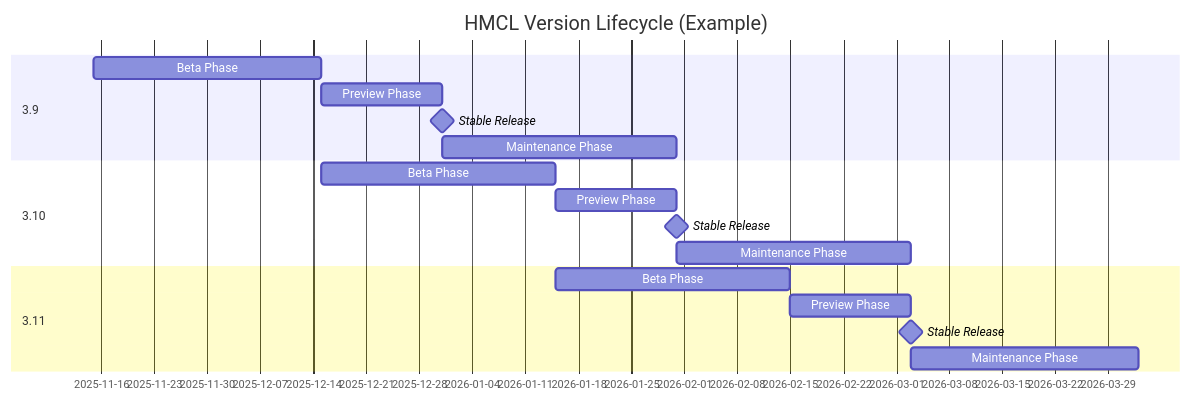
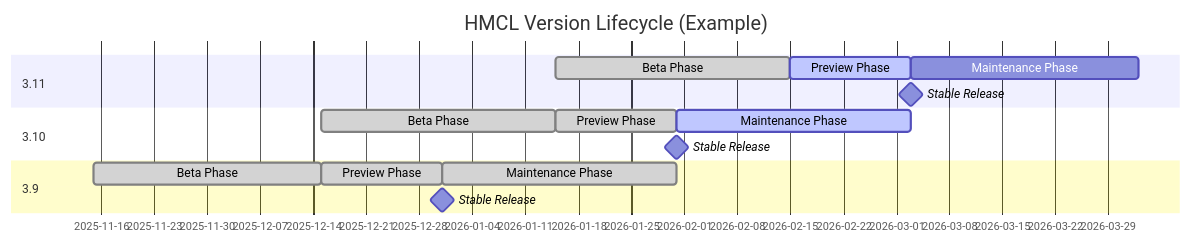
One commit to HMCL-dev/HMCL changed the diagram in docs/ReleaseSchedule.md. Above: the diagram before and after it, drawn with Mermaid.

````diff
--- a/docs/ReleaseSchedule.md
+++ b/docs/ReleaseSchedule.md
@@ -49,19 +49,22 @@
 ```mermaid
+---
+displayMode: compact
+---
 gantt
     title HMCL Version Lifecycle (Example)
+    section 3.11
+        Beta Phase: done, c1, after b1, 31d
+        Preview Phase: active, c2, after c1, 16d
+        Maintenance Phase: c3, after c2, 30d
+        Stable Release: milestone, after c2, 0d
+    section 3.10
+        Beta Phase: done, b1, after a1, 31d
+        Preview Phase: done, b2, after b1, 16d
+        Maintenance Phase: active, b3, after b2, 31d
+        Stable Release: milestone, after b2, 0d
     section 3.9
-        Beta Phase: a1, 2025-11-15, 30d
-        Preview Phase: a2, after a1, 16d
+        Beta Phase: done, a1, 2025-11-15, 30d
+        Preview Phase: done, a2, after a1, 16d
+        Maintenance Phase: done, a3, after a2, 31d
         Stable Release: milestone, after a2, 0d
-        Maintenance Phase: a3, after a2, 31d
-    section 3.10
-        Beta Phase: b1, after a1, 31d
-        Preview Phase: b2, after b1, 16d
-        Stable Release: milestone, after b2, 0d
-        Maintenance Phase: b3, after b2, 31d
-    section 3.11
-        Beta Phase: c1, after b1, 31d
-        Preview Phase: c2, after c1, 16d
-        Stable Release: milestone, after c2, 0d
-        Maintenance Phase: c3, after c2, 30d
 ```
````
